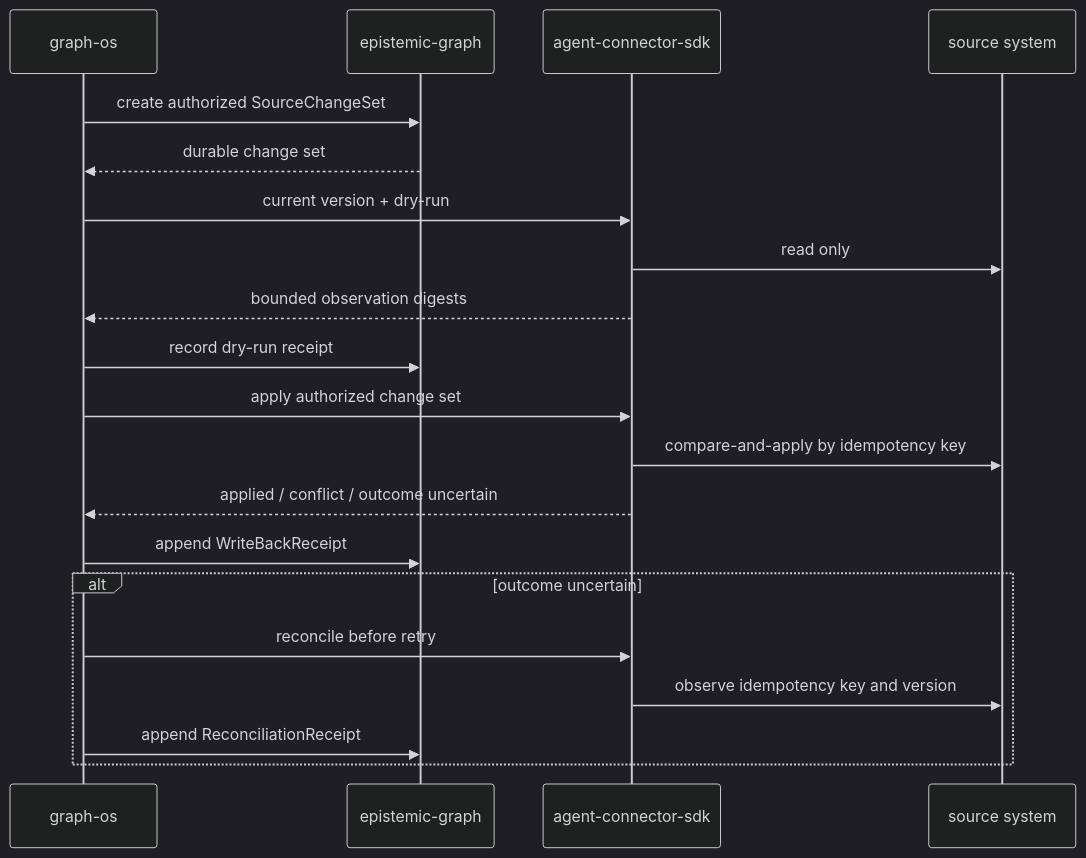
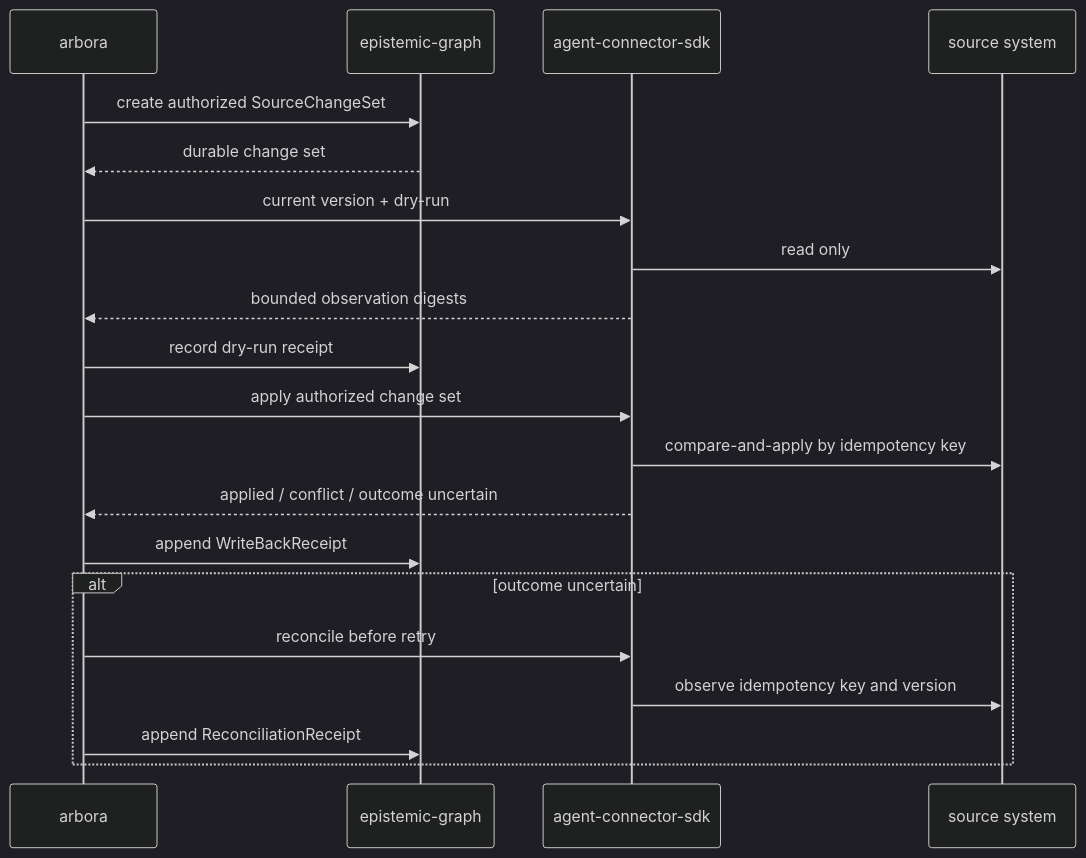
The diagram in docs/architecture/write_back.md (Knuckles-Team/epistemic-graph), drawn with Mermaid (dark theme) before and after one commit. The commit also changed 24 other files, not shown here.

First line of the commit message:
docs: rename graph-os terminology to Arbora

````diff
--- a/docs/architecture/write_back.md
+++ b/docs/architecture/write_back.md
@@ -8,22 +8,22 @@
 ```mermaid
 sequenceDiagram
-    participant G as graph-os
+    participant G as arbora
     participant E as epistemic-graph
     participant S as agent-connector-sdk
     participant V as source system
     G->>E: create authorized SourceChangeSet
     E-->>G: durable change set
     G->>S: current version + dry-run
     S->>V: read only
     S-->>G: bounded observation digests
     G->>E: record dry-run receipt
     G->>S: apply authorized change set
     S->>V: compare-and-apply by idempotency key
     S-->>G: applied / conflict / outcome uncertain
     G->>E: append WriteBackReceipt
     alt outcome uncertain
         G->>S: reconcile before retry
         S->>V: observe idempotency key and version
         G->>E: append ReconciliationReceipt
     end
 ```
````
